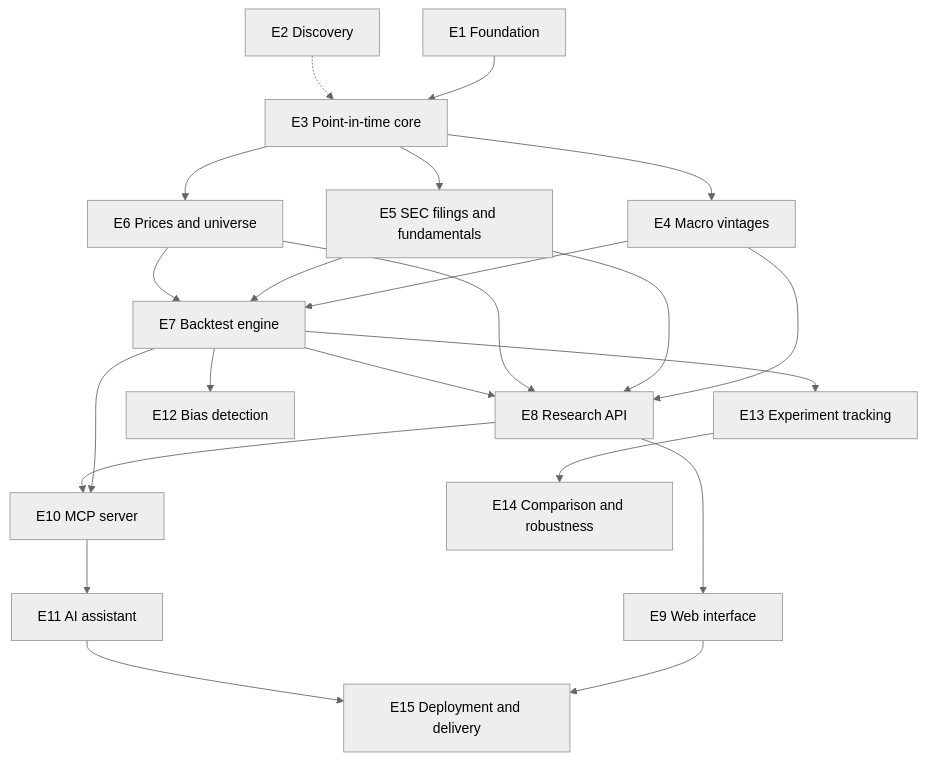
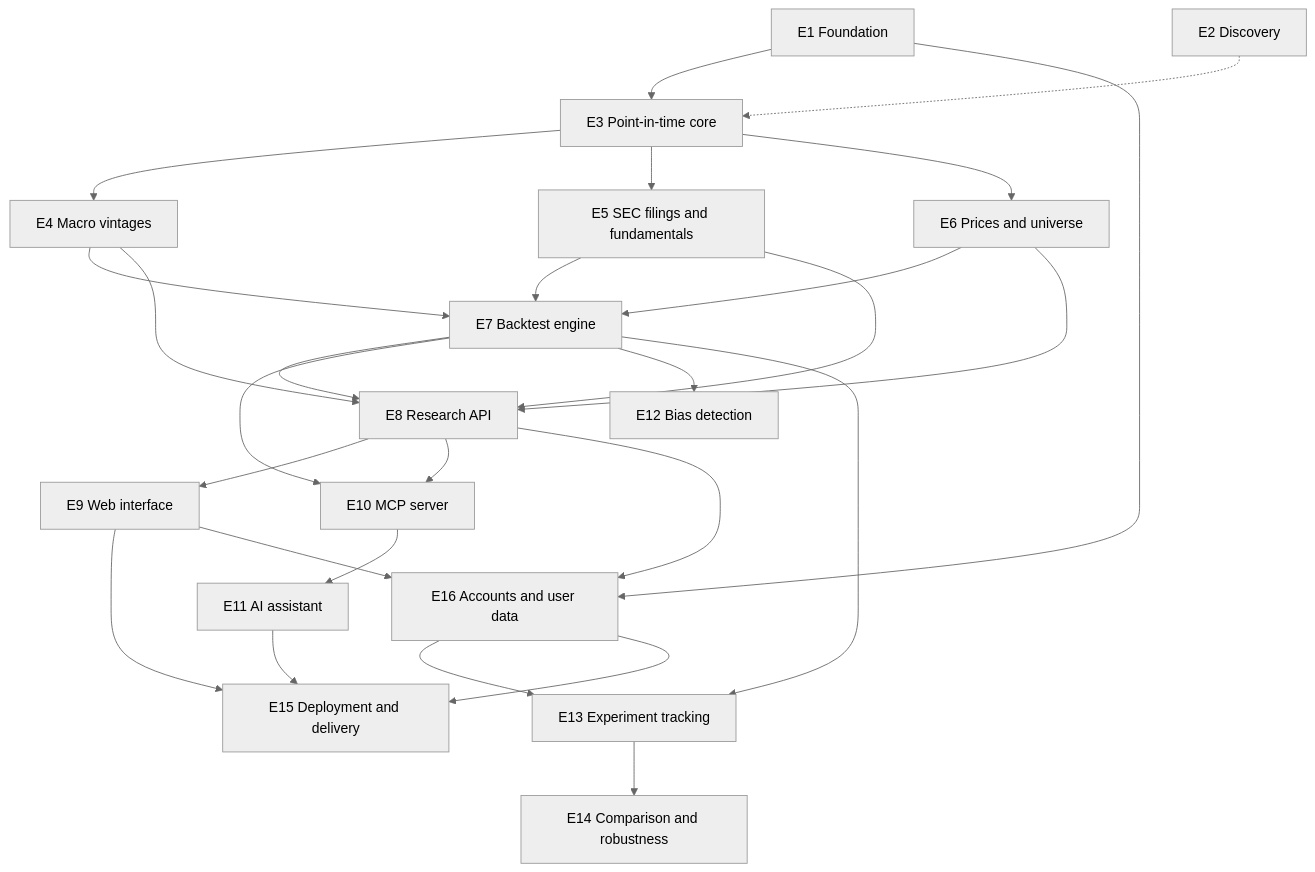
One commit to nfiasco/Quant-Time-Machine changed the third of 3 diagrams in doc/roadmap.md. Above: the diagram before and after it, drawn with Mermaid (neutral theme). The commit also changed other lines of this file and 3 other files, not shown here.

First line of the commit message:
Update READMEs and roadmap for M1; plan accounts epic (E16)

````diff
--- a/doc/roadmap.md
+++ b/doc/roadmap.md
@@ -461,24 +497,29 @@
 ```mermaid
 flowchart TB
     E1["E1 Foundation"] --> E3["E3 Point-in-time core"]
     E2["E2 Discovery"] -.-> E3
     E3 --> E4["E4 Macro vintages"]
     E3 --> E5["E5 SEC filings and fundamentals"]
     E3 --> E6["E6 Prices and universe"]
     E4 --> E7["E7 Backtest engine"]
     E5 --> E7
     E6 --> E7
     E4 --> E8["E8 Research API"]
     E5 --> E8
     E6 --> E8
     E7 --> E8
     E8 --> E9["E9 Web interface"]
     E7 --> E10["E10 MCP server"]
     E8 --> E10
     E10 --> E11["E11 AI assistant"]
     E7 --> E12["E12 Bias detection"]
     E7 --> E13["E13 Experiment tracking"]
     E13 --> E14["E14 Comparison and robustness"]
     E9 --> E15["E15 Deployment and delivery"]
     E11 --> E15
+    E1 --> E16["E16 Accounts and user data"]
+    E8 --> E16
+    E9 --> E16
+    E16 --> E13
+    E16 --> E15
 ```
````
